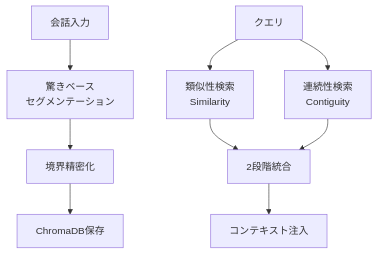
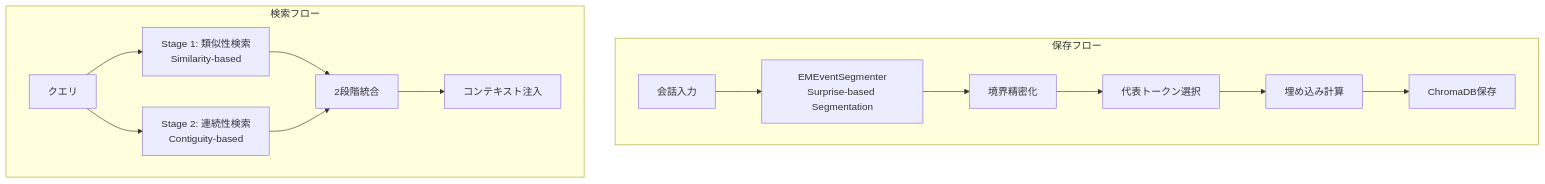
One commit to coco4atJP/Tepora-alpha changed the fifth of 8 diagrams in docs/architecture/ARCHITECTURE.md. Above: the diagram before and after it, drawn with Mermaid. The commit also changed other lines of this file and 181 other files, not shown here.

````diff
--- a/docs/architecture/ARCHITECTURE.md
+++ b/docs/architecture/ARCHITECTURE.md
@@ -638,12 +774,18 @@
 ```mermaid
 graph TB
-    Input[会話入力] --> Segment[驚きベース<br/>セグメンテーション]
-    Segment --> Boundary[境界精密化]
-    Boundary --> Store[ChromaDB保存]
-  
-    Query[クエリ] --> Retrieve1[類似性検索<br/>Similarity]
-    Query --> Retrieve2[連続性検索<br/>Contiguity]
-    Retrieve1 --> Merge[2段階統合]
-    Retrieve2 --> Merge
-    Merge --> Context[コンテキスト注入]
+    subgraph Storage["保存フロー"]
+        Input[会話入力] --> Segment[EMEventSegmenter<br/>Surprise-based Segmentation]
+        Segment --> Boundary[境界精密化]
+        Boundary --> RepTokens[代表トークン選択]
+        RepTokens --> Embed[埋め込み計算]
+        Embed --> Store[ChromaDB保存]
+    end
+    
+    subgraph Retrieval["検索フロー"]
+        Query[クエリ] --> Stage1[Stage 1: 類似性検索<br/>Similarity-based]
+        Query --> Stage2[Stage 2: 連続性検索<br/>Contiguity-based]
+        Stage1 --> Merge[2段階統合]
+        Stage2 --> Merge
+        Merge --> Context[コンテキスト注入]
+    end
 ```
````
